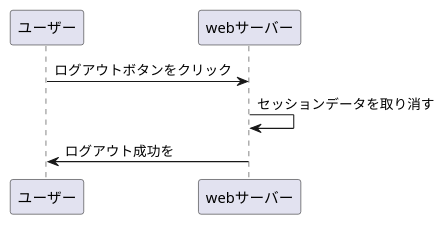
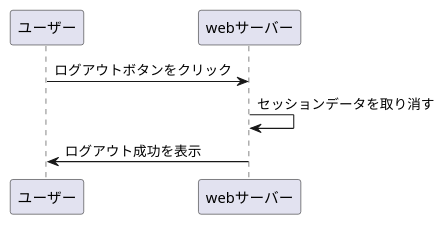
Before and after one commit to Aso2001227/Aso-Sports-1: the diagram in 設計書/02_業務フロー/business-flow2.md, drawn with PlantUML.

````diff
--- a/設計書/02_業務フロー/business-flow2.md
+++ b/設計書/02_業務フロー/business-flow2.md
@@ -1,7 +1,7 @@
 ```uml
 @startuml
 ユーザー ->webサーバー :ログアウトボタンをクリック
 webサーバー -> webサーバー :セッションデータを取り消す
-webサーバー -> ユーザー :ログアウト成功を
+webサーバー -> ユーザー :ログアウト成功を表示
 @enduml
 ```
````
